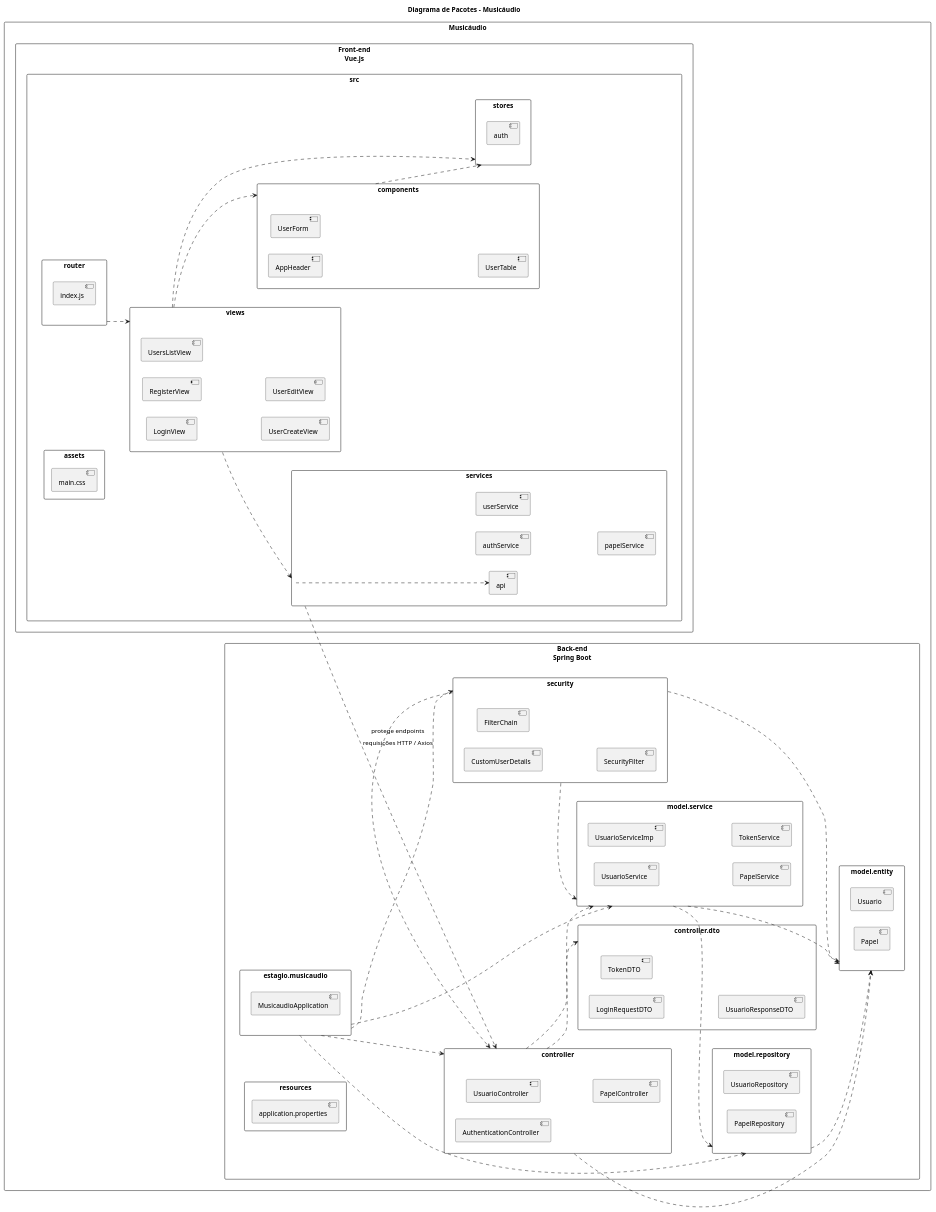
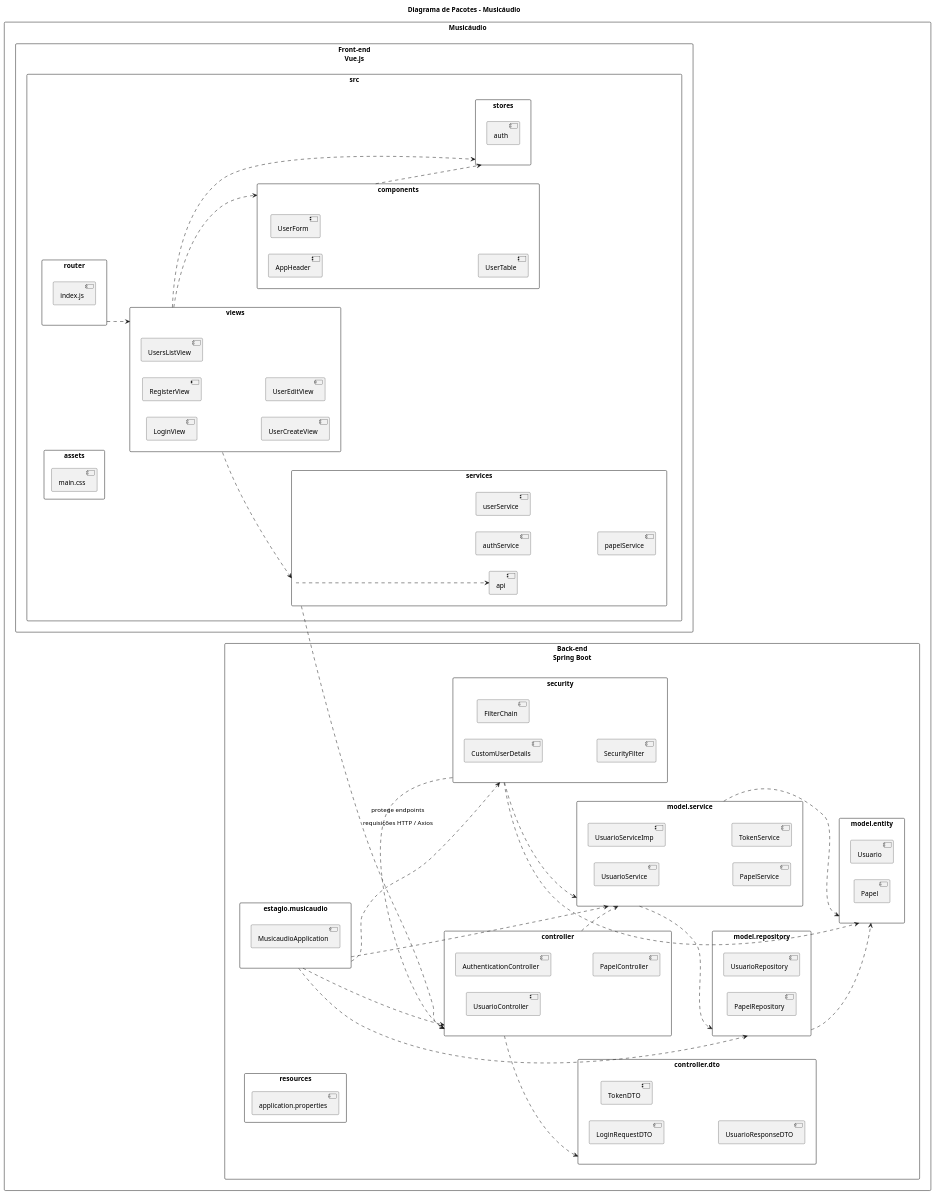
Before and after one commit to JorgeSkraba/Musicaudio_UML: the diagram in Pacotes.puml, drawn with PlantUML. The commit also changed 1 other file, not shown here.

Commit message:
adiçao do diagrama de classes

```diff
--- a/Pacotes.puml
+++ b/Pacotes.puml
@@ -1,124 +1,123 @@
 @startuml
 title Diagrama de Pacotes - Musicáudio
 left to right direction
 skinparam packageStyle rectangle
 skinparam shadowing false
 
 package "Musicáudio" {
 
   package "Front-end\nVue.js" as Frontend {
 
     package "src" {
       package "views" as Views {
         [LoginView]
         [RegisterView]
         [UsersListView]
         [UserCreateView]
         [UserEditView]
       }
 
       package "components" as Components {
         [AppHeader]
         [UserForm]
         [UserTable]
       }
 
       package "services" as Services {
         [api]
         [authService]
         [userService]
         [papelService]
       }
 
       package "stores" as Stores {
         [auth]
       }
 
       package "router" as Router {
         [index.js]
       }
 
       package "assets" as Assets {
         [main.css]
       }
     }
   }
 
   package "Back-end\nSpring Boot" as Backend {
 
     package "estagio.musicaudio" as Root {
       [MusicaudioApplication]
     }
 
     package "controller" as Controller {
       [AuthenticationController]
       [UsuarioController]
       [PapelController]
     }
 
     package "controller.dto" as DTO {
       [LoginRequestDTO]
       [TokenDTO]
       [UsuarioResponseDTO]
     }
 
     package "model.entity" as Entity {
       [Usuario]
       [Papel]
     }
 
     package "model.repository" as Repository {
       [UsuarioRepository]
       [PapelRepository]
     }
 
     package "model.service" as Service {
       [UsuarioService]
       [UsuarioServiceImp]
       [PapelService]
       [TokenService]
     }
 
     package "security" as Security {
       [CustomUserDetails]
       [FilterChain]
       [SecurityFilter]
     }
 
     package "resources" as Resources {
       [application.properties]
     }
   }
 }
 
 ' Relações internas do Front-end
 Views ..> Components
 Views ..> Services
 Views ..> Stores
 Router ..> Views
 Components ..> Stores
 Services ..> [api]
 
 ' Comunicação Front-end -> Back-end
 Services ..> Controller : requisições HTTP / Axios
 
 ' Relações internas do Back-end
 Controller ..> DTO
 Controller ..> Service
-Controller ..> Entity
 
 Service ..> Repository
 Service ..> Entity
 
 Repository ..> Entity
 
 Security ..> Service
 Security ..> Entity
 Security ..> Controller : protege endpoints
 
 Root ..> Controller
 Root ..> Service
 Root ..> Repository
 Root ..> Security
 
 @enduml
```
